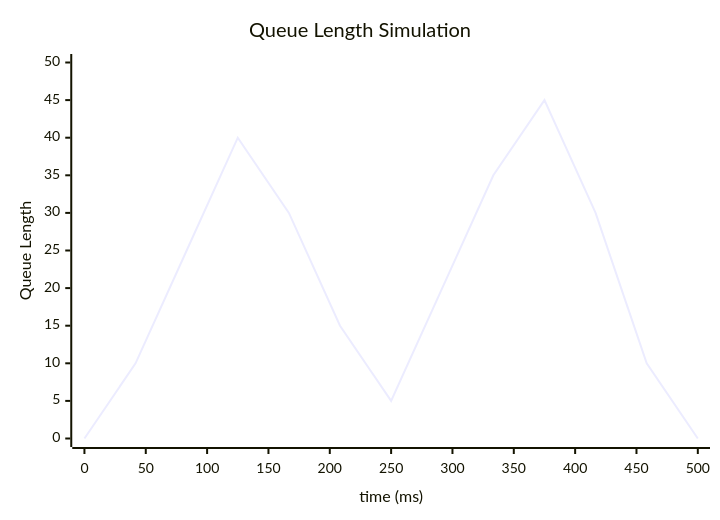
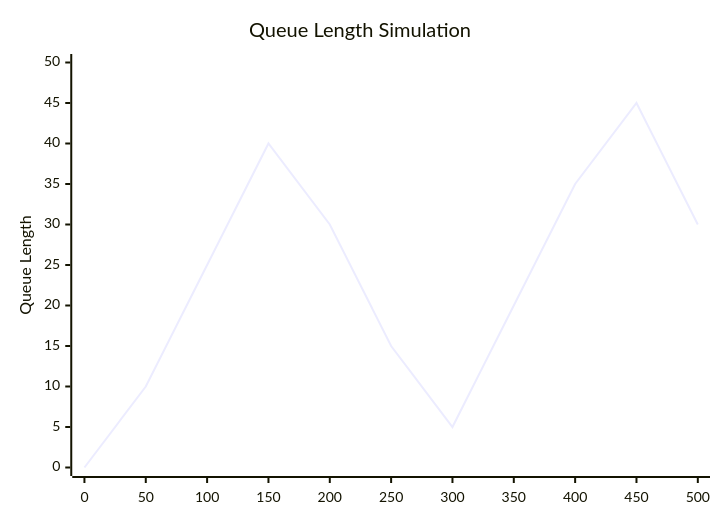
One commit to Shahriarin2garden/vllm_from_scratch changed diagram 18 of 50 in lab0.4/README.md. Above: the diagram before and after it, drawn with Mermaid. The commit also changed other lines of this file, not shown here.

Commit message:
Update x-axis labels and improve diagram configurations in README.md for better clarity

````diff
--- a/lab0.4/README.md
+++ b/lab0.4/README.md
@@ -581,7 +572,7 @@
 ```mermaid
 xychart-beta
     title "Queue Length Simulation"
-    x-axis "time (ms)" 0 --> 500
+    x-axis [0, 50, 100, 150, 200, 250, 300, 350, 400, 450, 500]
     y-axis "Queue Length" 0 --> 50
-    line [0,10,25,40,30,15,5,20,35,45,30,10,0]
+    line [0,10,25,40,30,15,5,20,35,45,30]
 ```
````
